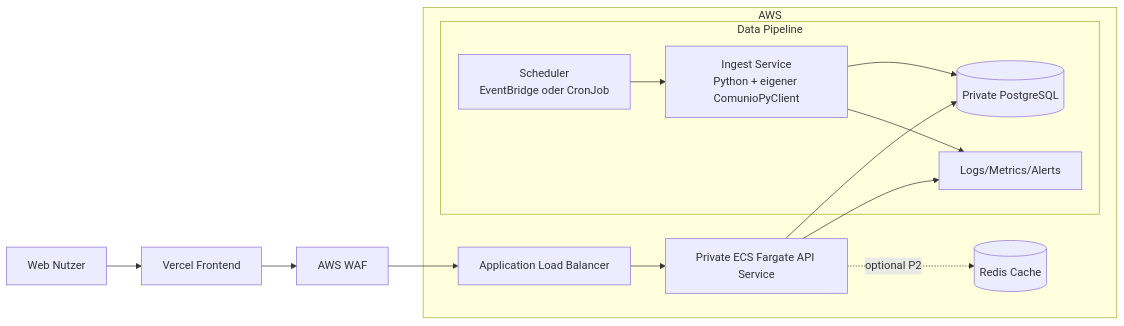
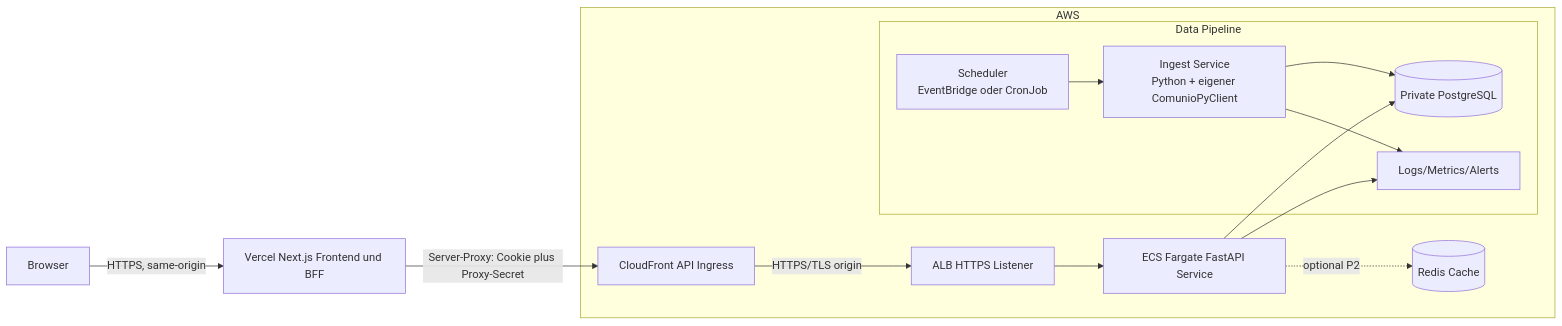
One commit to Masterpeace753/comunio-data-website changed the diagram in architecture.md. Above: the diagram before and after it, drawn with Mermaid. The commit also changed other lines of this file and 30 other files, not shown here.

````diff
--- a/architecture.md
+++ b/architecture.md
@@ -15,20 +15,20 @@
 ```mermaid
 flowchart LR
-  U[Web Nutzer] --> FE[Vercel Frontend]
-  FE --> WAF[AWS WAF]
-  WAF --> ALB[Application Load Balancer]
+  U[Browser] -->|HTTPS, same-origin| FE[Vercel Next.js Frontend und BFF]
+  FE -->|Server-Proxy: Cookie plus Proxy-Secret| CF[CloudFront API Ingress]
 
   subgraph AWS
-    ALB --> API[Private ECS Fargate API Service]
+    CF -->|HTTPS/TLS origin| ALB[ALB HTTPS Listener]
+    ALB --> API[ECS Fargate FastAPI Service]
     API --> DB[(Private PostgreSQL)]
     API -. optional P2 .-> C[(Redis Cache)]
 
     subgraph Data Pipeline
       SCH[Scheduler<br/>EventBridge oder CronJob] --> ING[Ingest Service<br/>Python + eigener ComunioPyClient]
       ING --> DB
       ING --> OBS[Logs/Metrics/Alerts]
     end
 
     API --> OBS
   end
 ```
````
